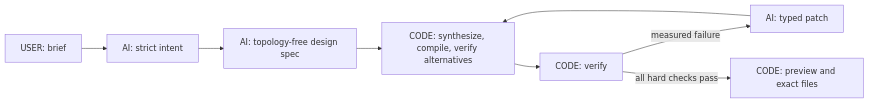
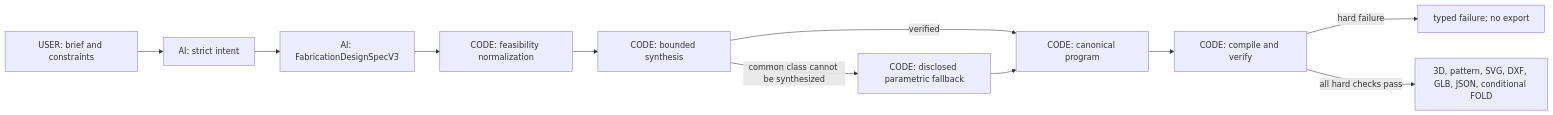
One commit to BhavyaAk25/FoldForge changed the diagram in README.md. Above: the diagram before and after it, drawn with Mermaid. The commit also changed other lines of this file and 15 other files, not shown here.

````diff
--- a/README.md
+++ b/README.md
@@ -40,10 +58,13 @@
 ```mermaid
 flowchart LR
-    U["USER: brief"] --> I["AI: strict intent"]
-    I --> P["AI: topology-free design spec"]
-    P --> C["CODE: synthesize, compile, verify alternatives"]
-    C --> V["CODE: verify"]
-    V -->|"measured failure"| R["AI: typed patch"]
-    R --> C
-    V -->|"all hard checks pass"| X["CODE: preview and exact files"]
+    U["USER: brief and constraints"] --> I["AI: strict intent"]
+    I --> S["AI: FabricationDesignSpecV3"]
+    S --> N["CODE: feasibility normalization"]
+    N --> Y["CODE: bounded synthesis"]
+    Y -->|"verified"| C["CODE: canonical program"]
+    Y -->|"common class cannot be synthesized"| T["CODE: disclosed parametric fallback"]
+    T --> C
+    C --> V["CODE: compile and verify"]
+    V -->|"hard failure"| E["typed failure; no export"]
+    V -->|"all hard checks pass"| X["3D, pattern, SVG, DXF, GLB, JSON, conditional FOLD"]
 ```
````
